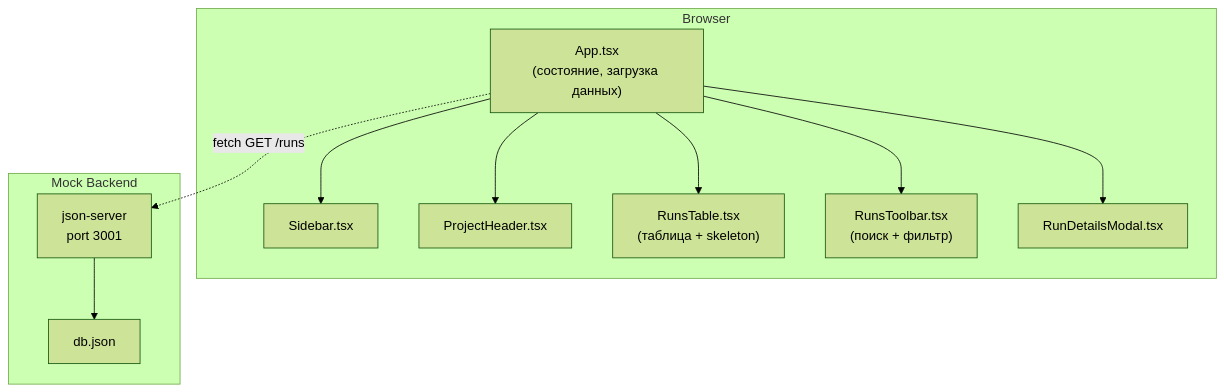
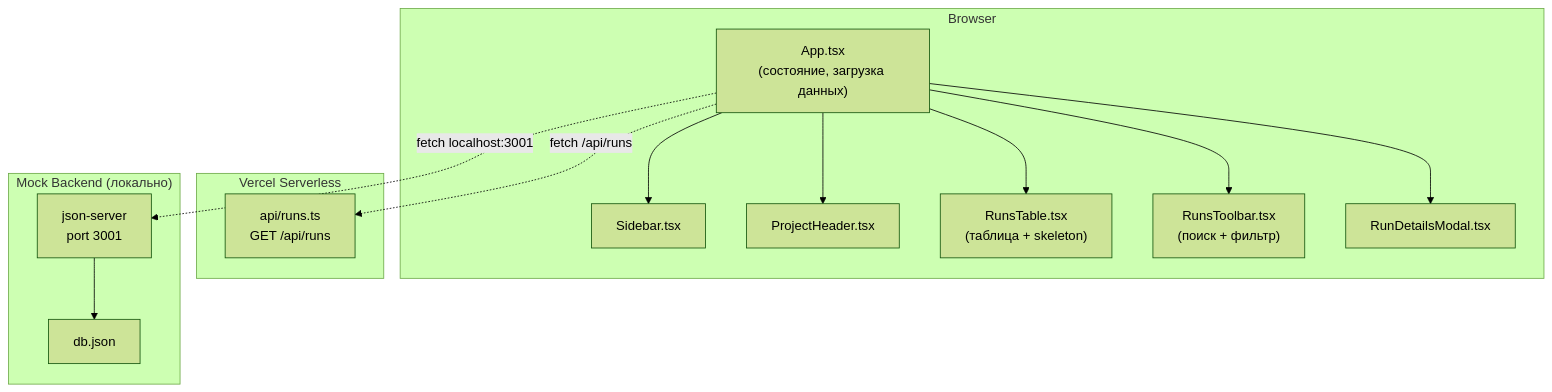
Before and after one commit to priz80/AI-dashboard: the diagram in README.md, drawn with Mermaid (forest theme). The commit also changed other lines of this file, not shown here.

````diff
--- a/README.md
+++ b/README.md
@@ -221,25 +248,30 @@
 ```mermaid
 graph TB
     subgraph "Browser"
         App["App.tsx<br/>(состояние, загрузка данных)"]
         Sidebar["Sidebar.tsx"]
         Header["ProjectHeader.tsx"]
         Table["RunsTable.tsx<br/>(таблица + skeleton)"]
         Toolbar["RunsToolbar.tsx<br/>(поиск + фильтр)"]
         Modal["RunDetailsModal.tsx"]
     end
 
-    subgraph "Mock Backend"
+    subgraph "Vercel Serverless"
+        API["api/runs.ts<br/>GET /api/runs"]
+    end
+
+    subgraph "Mock Backend (локально)"
         JS["json-server<br/>port 3001"]
         DB["db.json"]
     end
 
     App --> Sidebar
     App --> Header
     App --> Table
     App --> Toolbar
     App --> Modal
 
-    App -.->|fetch GET /runs| JS
+    App -.->|fetch /api/runs| API
+    App -.->|fetch localhost:3001| JS
     JS --> DB
 ```
````
